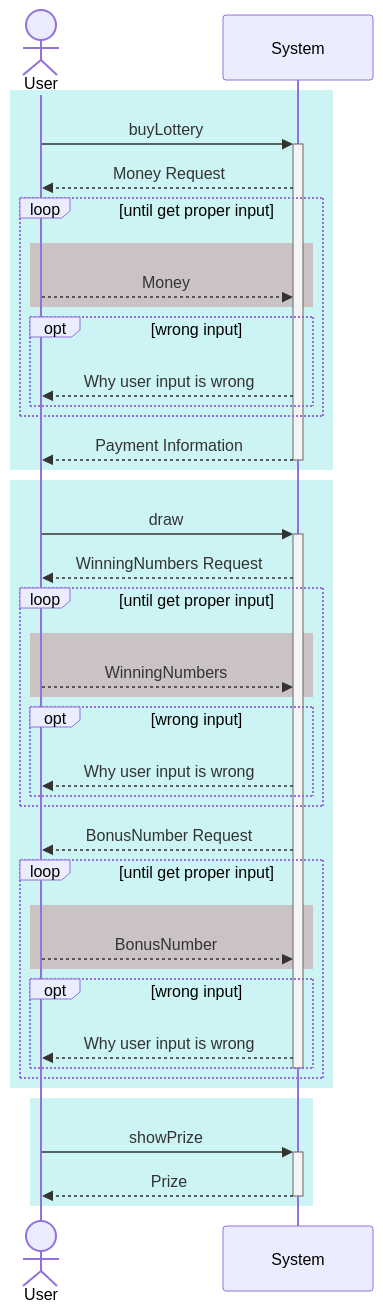
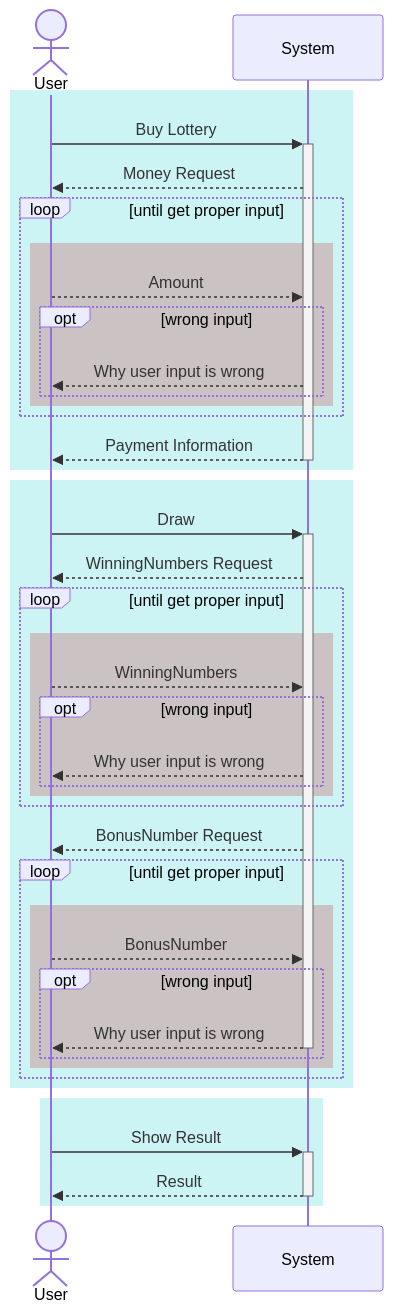
One commit to gdsc-konkuk/23-24_study_2nd_java-lotto-6 changed the first of 6 diagrams in docs/README.md. Above: the diagram before and after it, drawn with Mermaid. The commit also changed other lines of this file, not shown here.

````diff
--- a/docs/README.md
+++ b/docs/README.md
@@ -5,49 +5,48 @@
 ```mermaid
 sequenceDiagram
     actor User
     participant System
 
     rect rgb(0, 200, 200, 0.2)
-        User ->>+ System: buyLottery
+        User ->>+ System: Buy Lottery
         System -->> User: Money Request
         loop until get proper input
             rect rgb(200, 0, 000, 0.2)
-                User -->> System: Money
-            end
-            opt wrong input
-                System -->> User: Why user input is wrong
+                User -->> System: Amount
+                opt wrong input
+                    System -->> User: Why user input is wrong
+                end
             end
         end
 
         System -->>- User: Payment Information
     end
 
     rect rgb(0, 200, 200, 0.2)
-        User ->>+ System: draw
+        User ->>+ System: Draw
         System -->> User: WinningNumbers Request
         loop until get proper input
             rect rgb(200, 0, 000, 0.2)
                 User -->> System: WinningNumbers
-            end
-            opt wrong input
-                System -->> User: Why user input is wrong
+                opt wrong input
+                    System -->> User: Why user input is wrong
+                end
             end
         end
 
         System -->> User: BonusNumber Request
         loop until get proper input
             rect rgb(200, 0, 000, 0.2)
                 User -->> System: BonusNumber
+                opt wrong input
+                    System -->>- User: Why user input is wrong
+                end
             end
-            opt wrong input
-                System -->> User: Why user input is wrong
-            end
-            deactivate System
         end
     end
 
     rect rgb(0, 200, 200, 0.2)
-        User ->>+ System: showPrize
-        System -->>- User: Prize
+        User ->>+ System: Show Result
+        System -->>- User: Result
     end
 ```
````
